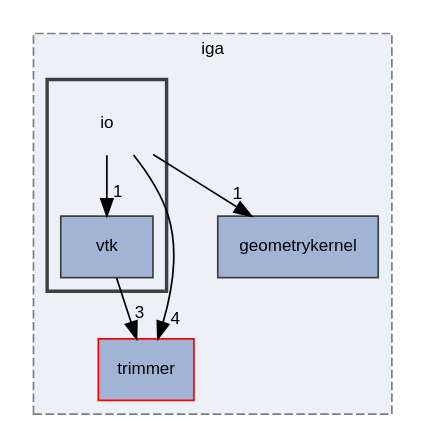
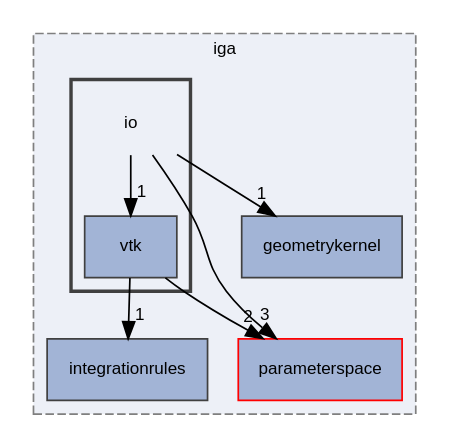
One commit to rath3t/dune-iga-doc changed the diagram in dir_c3ccff8517fbe337b2b8ad503c3a1590_dep.dot. Above: the diagram before and after it, drawn with Graphviz. The commit also changed 1721 other files, not shown here.

```diff
--- a/dir_c3ccff8517fbe337b2b8ad503c3a1590_dep.dot
+++ b/dir_c3ccff8517fbe337b2b8ad503c3a1590_dep.dot
@@ -1,21 +1,23 @@
 digraph "io"
 {
  // LATEX_PDF_SIZE
   edge [fontname="Helvetica",fontsize="10",labelfontname="Helvetica",labelfontsize="10"];
   node [fontname="Helvetica",fontsize="10",shape=record];
   compound=true
   subgraph clusterdir_d2a3c23294a1b1015b1b8e8721ddded8 {
     graph [ bgcolor="#edf0f7", pencolor="grey50", style="filled,dashed,", label="iga", fontname="Helvetica", fontsize="10", URL="dir_d2a3c23294a1b1015b1b8e8721ddded8.html"]
-  dir_7d0c370ab440c4b4f78419bfc8c93eb8 [shape=box, label="trimmer", style="filled,", fillcolor="#a2b4d6", color="red", URL="dir_7d0c370ab440c4b4f78419bfc8c93eb8.html"];
+  dir_13898c8d649d3f4053b811aa4a00f800 [shape=box, label="parameterspace", style="filled,", fillcolor="#a2b4d6", color="red", URL="dir_13898c8d649d3f4053b811aa4a00f800.html"];
   dir_98571e7345f7327fea7723ec1a12d870 [shape=box, label="geometrykernel", style="filled,", fillcolor="#a2b4d6", color="grey25", URL="dir_98571e7345f7327fea7723ec1a12d870.html"];
+  dir_42a2323245b29c7157765c1a0813ddf2 [shape=box, label="integrationrules", style="filled,", fillcolor="#a2b4d6", color="grey25", URL="dir_42a2323245b29c7157765c1a0813ddf2.html"];
   subgraph clusterdir_c3ccff8517fbe337b2b8ad503c3a1590 {
     graph [ bgcolor="#edf0f7", pencolor="grey25", style="filled,bold,", label="", fontname="Helvetica", fontsize="10", URL="dir_c3ccff8517fbe337b2b8ad503c3a1590.html"]
     dir_c3ccff8517fbe337b2b8ad503c3a1590 [shape=plaintext, label="io"];
   dir_0185853483cd959150fdf3c8210a5831 [shape=box, label="vtk", style="filled,", fillcolor="#a2b4d6", color="grey25", URL="dir_0185853483cd959150fdf3c8210a5831.html"];
   }
   }
   dir_c3ccff8517fbe337b2b8ad503c3a1590->dir_0185853483cd959150fdf3c8210a5831 [headlabel="1", labeldistance=1.5 headhref="dir_000013_000020.html"];
-  dir_c3ccff8517fbe337b2b8ad503c3a1590->dir_7d0c370ab440c4b4f78419bfc8c93eb8 [headlabel="4", labeldistance=1.5 headhref="dir_000013_000017.html"];
+  dir_c3ccff8517fbe337b2b8ad503c3a1590->dir_13898c8d649d3f4053b811aa4a00f800 [headlabel="3", labeldistance=1.5 headhref="dir_000013_000014.html"];
   dir_c3ccff8517fbe337b2b8ad503c3a1590->dir_98571e7345f7327fea7723ec1a12d870 [headlabel="1", labeldistance=1.5 headhref="dir_000013_000006.html"];
-  dir_0185853483cd959150fdf3c8210a5831->dir_7d0c370ab440c4b4f78419bfc8c93eb8 [headlabel="3", labeldistance=1.5 headhref="dir_000020_000017.html"];
+  dir_0185853483cd959150fdf3c8210a5831->dir_13898c8d649d3f4053b811aa4a00f800 [headlabel="2", labeldistance=1.5 headhref="dir_000020_000014.html"];
+  dir_0185853483cd959150fdf3c8210a5831->dir_42a2323245b29c7157765c1a0813ddf2 [headlabel="1", labeldistance=1.5 headhref="dir_000020_000012.html"];
 }
```
